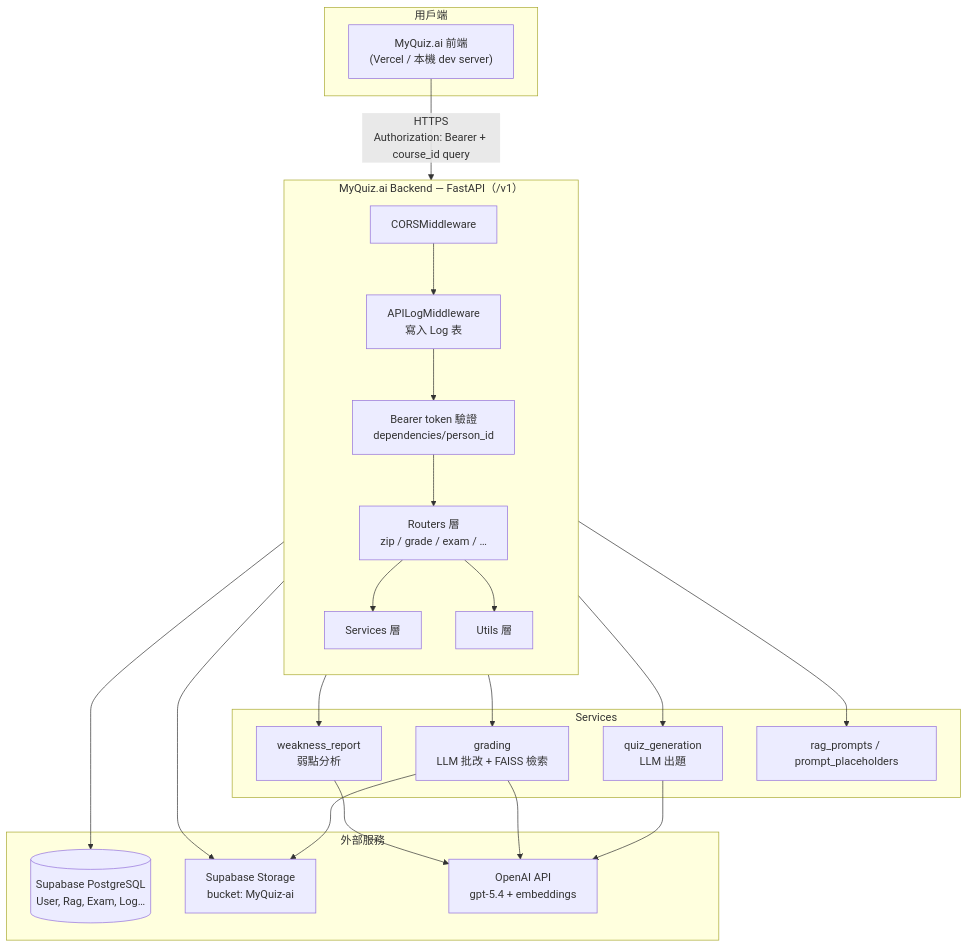
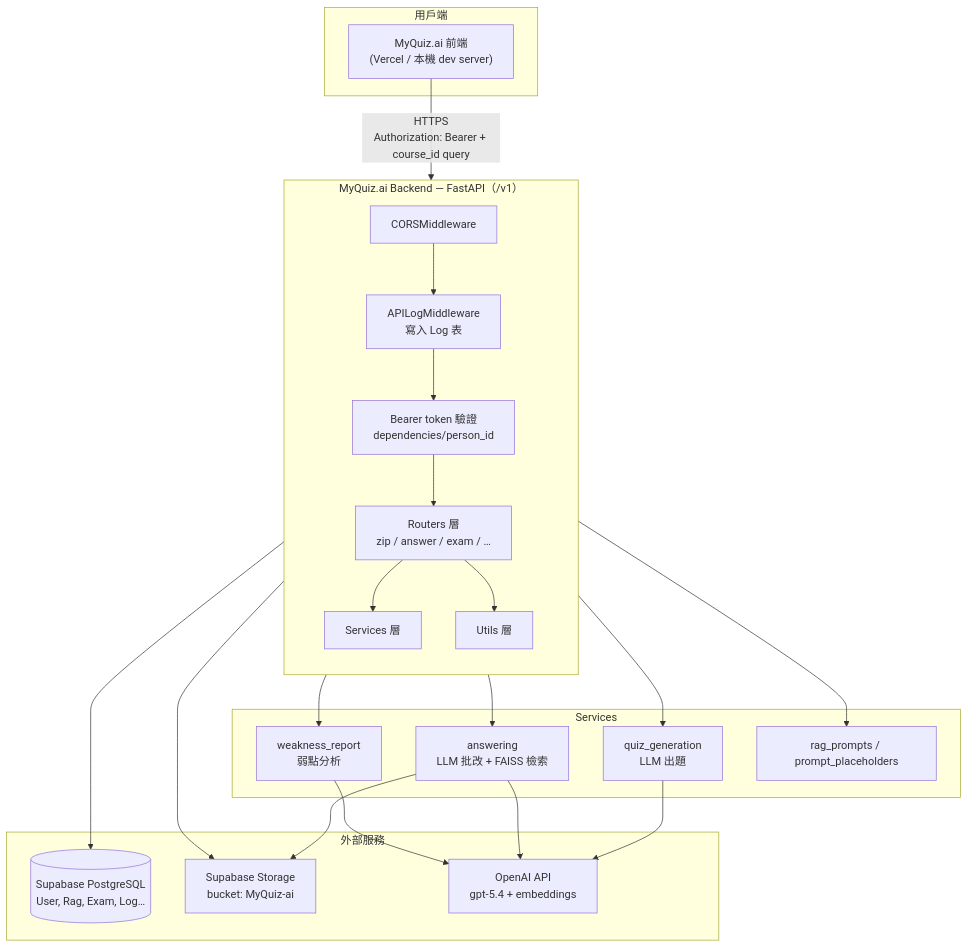
The first of 6 diagrams in README.md (kevin7261/MyQuiz-ai-backend), drawn with Mermaid before and after one commit. The commit also changed other lines of this file and 18 other files, not shown here.

First line of the commit message:
Refactor Grading API to Answering API

````diff
--- a/README.md
+++ b/README.md
@@ -69,46 +69,46 @@
 ```mermaid
 flowchart TB
     subgraph Client["用戶端"]
         FE["MyQuiz.ai 前端<br/>(Vercel / 本機 dev server)"]
     end
 
     subgraph Backend["MyQuiz.ai Backend — FastAPI（/v1）"]
         direction TB
         CORS["CORSMiddleware"]
         LOG["APILogMiddleware<br/>寫入 Log 表"]
         AUTH["Bearer token 驗證<br/>dependencies/person_id"]
-        ROUTERS["Routers 層<br/>zip / grade / exam / …"]
+        ROUTERS["Routers 層<br/>zip / answer / exam / …"]
         SERVICES["Services 層"]
         UTILS["Utils 層"]
     end
 
     subgraph ServicesDetail["Services"]
         QG["quiz_generation<br/>LLM 出題"]
-        GR["grading<br/>LLM 批改 + FAISS 檢索"]
+        GR["answering<br/>LLM 批改 + FAISS 檢索"]
         WR["weakness_report<br/>弱點分析"]
         RAGP["rag_prompts / prompt_placeholders"]
     end
 
     subgraph External["外部服務"]
         PG[("Supabase PostgreSQL<br/>User, Rag, Exam, Log…")]
         ST["Supabase Storage<br/>bucket: MyQuiz-ai"]
         OAI["OpenAI API<br/>gpt-5.4 + embeddings"]
     end
 
     FE -->|"HTTPS<br/>Authorization: Bearer + course_id query"| CORS
     CORS --> LOG
     LOG --> AUTH
     AUTH --> ROUTERS
     ROUTERS --> SERVICES
     ROUTERS --> UTILS
     SERVICES --> QG
     SERVICES --> GR
     SERVICES --> WR
     SERVICES --> RAGP
     UTILS --> PG
     UTILS --> ST
     QG --> OAI
     GR --> OAI
     GR --> ST
     WR --> OAI
 ```
````
